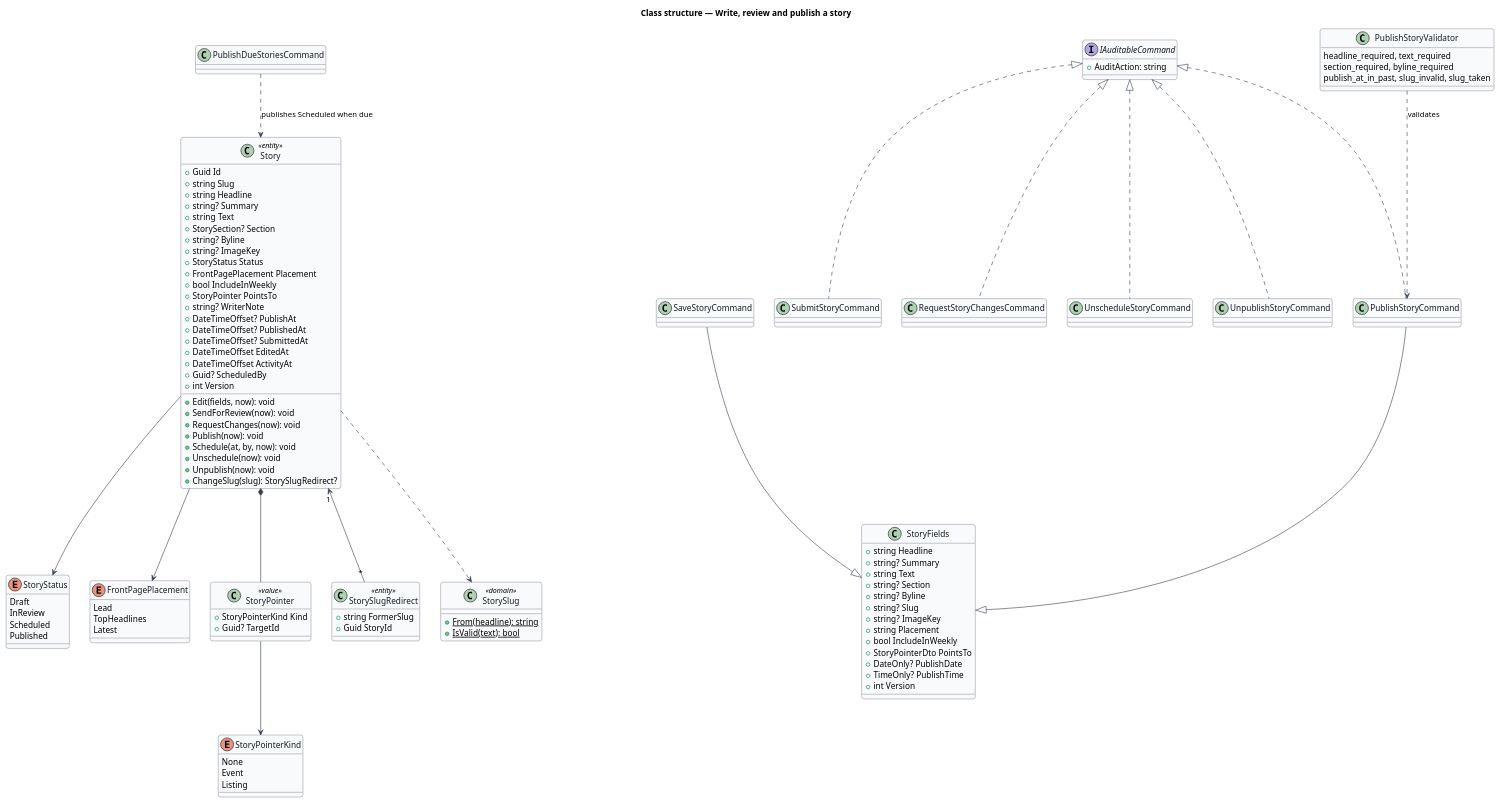
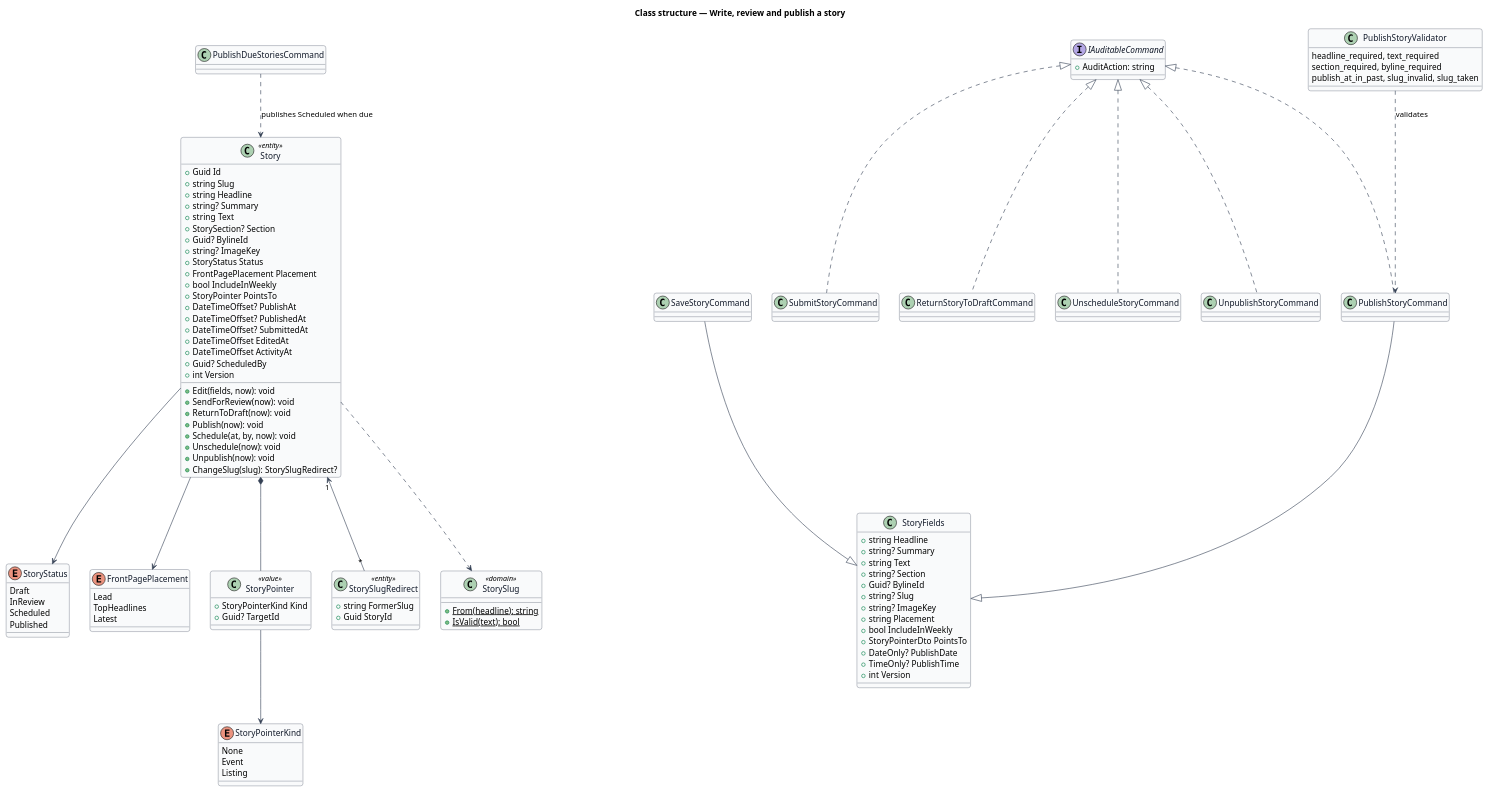
Before and after one commit to QuinntyneBrown/christian-fitness: the diagram in docs/detailed-designs/publishing/write-review-publish-story/diagrams/class.puml, drawn with PlantUML. The commit also changed 40 other files, not shown here.

```diff
--- a/docs/detailed-designs/publishing/write-review-publish-story/diagrams/class.puml
+++ b/docs/detailed-designs/publishing/write-review-publish-story/diagrams/class.puml
@@ -1,117 +1,116 @@
 @startuml
 skinparam backgroundColor #FFFFFF
 skinparam shadowing false
 skinparam roundcorner 8
 skinparam defaultFontName Arial
 skinparam ArrowColor #344054
 skinparam class {
   BorderColor #344054
   FontColor #101828
   BackgroundColor #F9FAFB
 }
 title Class structure — Write, review and publish a story
 
 enum StoryStatus {
   Draft
   InReview
   Scheduled
   Published
 }
 enum FrontPagePlacement {
   Lead
   TopHeadlines
   Latest
 }
 enum StoryPointerKind {
   None
   Event
   Listing
 }
 class Story <<entity>> {
   +Guid Id
   +string Slug
   +string Headline
   +string? Summary
   +string Text
   +StorySection? Section
-  +string? Byline
+  +Guid? BylineId
   +string? ImageKey
   +StoryStatus Status
   +FrontPagePlacement Placement
   +bool IncludeInWeekly
   +StoryPointer PointsTo
-  +string? WriterNote
   +DateTimeOffset? PublishAt
   +DateTimeOffset? PublishedAt
   +DateTimeOffset? SubmittedAt
   +DateTimeOffset EditedAt
   +DateTimeOffset ActivityAt
   +Guid? ScheduledBy
   +int Version
   +Edit(fields, now): void
   +SendForReview(now): void
-  +RequestChanges(now): void
+  +ReturnToDraft(now): void
   +Publish(now): void
   +Schedule(at, by, now): void
   +Unschedule(now): void
   +Unpublish(now): void
   +ChangeSlug(slug): StorySlugRedirect?
 }
 class StoryPointer <<value>> {
   +StoryPointerKind Kind
   +Guid? TargetId
 }
 class StorySlugRedirect <<entity>> {
   +string FormerSlug
   +Guid StoryId
 }
 class StorySlug <<domain>> {
   +{static} From(headline): string
   +{static} IsValid(text): bool
 }
 class StoryFields {
   +string Headline
   +string? Summary
   +string Text
   +string? Section
-  +string? Byline
+  +Guid? BylineId
   +string? Slug
   +string? ImageKey
   +string Placement
   +bool IncludeInWeekly
   +StoryPointerDto PointsTo
   +DateOnly? PublishDate
   +TimeOnly? PublishTime
   +int Version
 }
 class SaveStoryCommand
 class PublishStoryCommand
 class SubmitStoryCommand
-class RequestStoryChangesCommand
+class ReturnStoryToDraftCommand
 class UnscheduleStoryCommand
 class UnpublishStoryCommand
 class PublishDueStoriesCommand
 interface IAuditableCommand {
   +AuditAction: string
 }
 class PublishStoryValidator {
   headline_required, text_required
   section_required, byline_required
   publish_at_in_past, slug_invalid, slug_taken
 }
 Story --> StoryStatus
 Story --> FrontPagePlacement
 Story *-- StoryPointer
 StoryPointer --> StoryPointerKind
 Story "1" <-- "*" StorySlugRedirect
 Story ..> StorySlug
 SaveStoryCommand --|> StoryFields
 PublishStoryCommand --|> StoryFields
 PublishStoryValidator ..> PublishStoryCommand : validates
 IAuditableCommand <|.. PublishStoryCommand
 IAuditableCommand <|.. SubmitStoryCommand
-IAuditableCommand <|.. RequestStoryChangesCommand
+IAuditableCommand <|.. ReturnStoryToDraftCommand
 IAuditableCommand <|.. UnscheduleStoryCommand
 IAuditableCommand <|.. UnpublishStoryCommand
 PublishDueStoriesCommand ..> Story : publishes Scheduled when due
 @enduml
```
